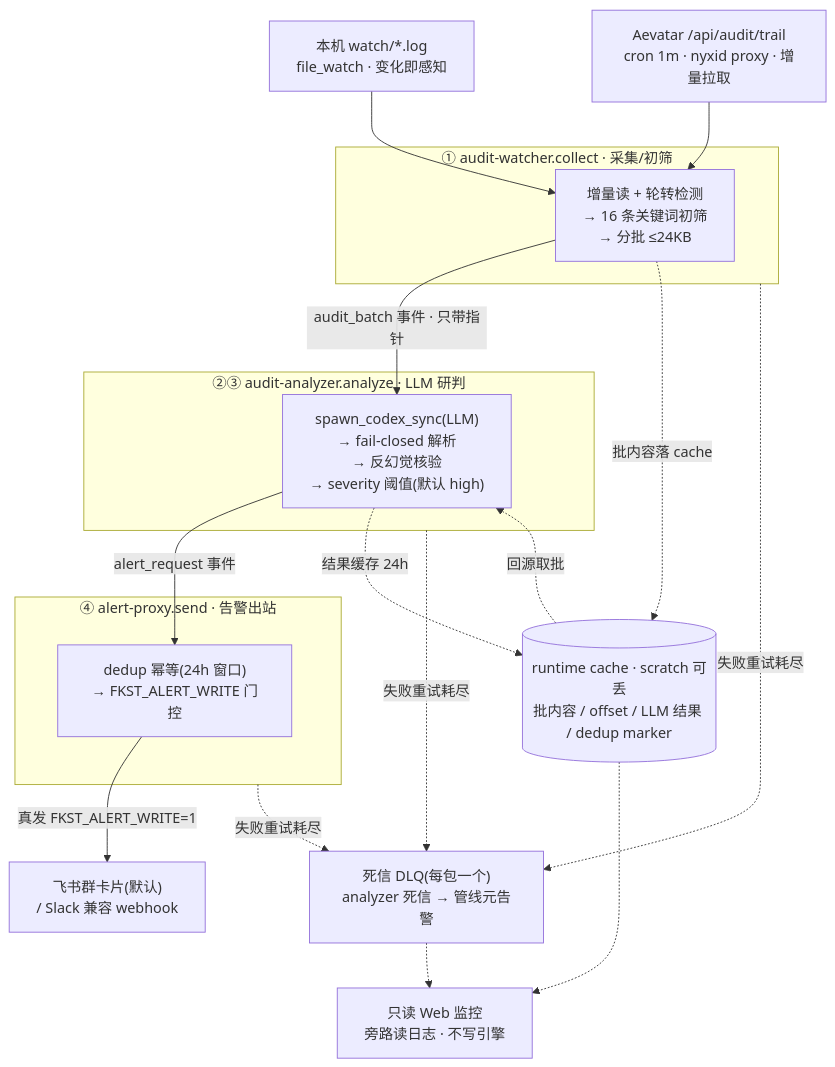
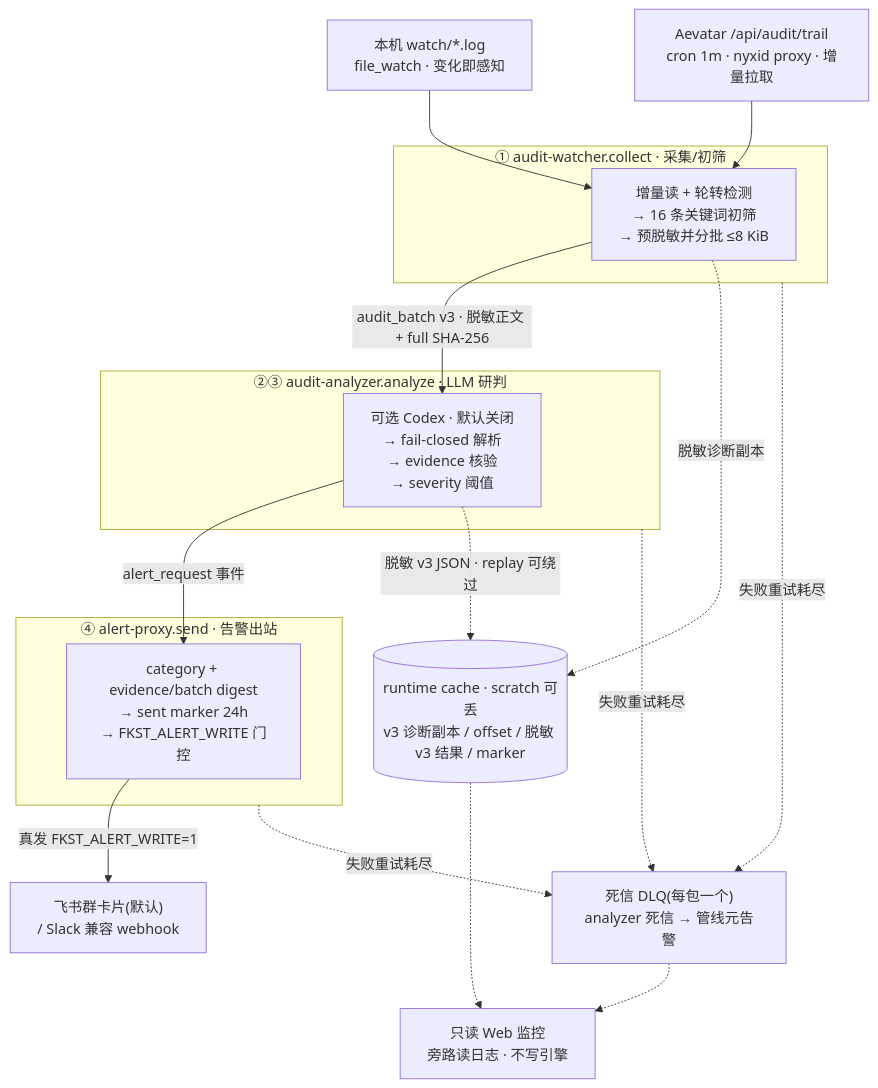
The second of 4 diagrams in 设计文档.md (eanz17/fkst-audit-log), drawn with Mermaid before and after one commit. The commit also changed other lines of this file and 64 other files, not shown here.

````diff
--- a/设计文档.md
+++ b/设计文档.md
@@ -204,34 +204,33 @@
 ```mermaid
 flowchart TB
   F["本机 watch/*.log<br/>file_watch · 变化即感知"]
   A["Aevatar /api/audit/trail<br/>cron 1m · nyxid proxy · 增量拉取"]
 
   subgraph WATCH["① audit-watcher.collect · 采集/初筛"]
-    W["增量读 + 轮转检测<br/>→ 16 条关键词初筛<br/>→ 分批 ≤24KB"]
+    W["增量读 + 轮转检测<br/>→ 16 条关键词初筛<br/>→ 预脱敏并分批 ≤8 KiB"]
   end
   subgraph ANALYZE["②③ audit-analyzer.analyze · LLM 研判"]
-    N["spawn_codex_sync(LLM)<br/>→ fail-closed 解析<br/>→ 反幻觉核验<br/>→ severity 阈值(默认 high)"]
+    N["可选 Codex · 默认关闭<br/>→ fail-closed 解析<br/>→ evidence 核验<br/>→ severity 阈值"]
   end
   subgraph PROXY["④ alert-proxy.send · 告警出站"]
-    P["dedup 幂等(24h 窗口)<br/>→ FKST_ALERT_WRITE 门控"]
+    P["category + evidence/batch digest<br/>→ sent marker 24h<br/>→ FKST_ALERT_WRITE 门控"]
   end
 
-  CACHE[("runtime cache · scratch 可丢<br/>批内容 / offset / LLM 结果 / dedup marker")]
+  CACHE[("runtime cache · scratch 可丢<br/>v3 诊断副本 / offset / 脱敏 v3 结果 / marker")]
   SINK["飞书群卡片(默认)<br/>/ Slack 兼容 webhook"]
   DLQ["死信 DLQ(每包一个)<br/>analyzer 死信 → 管线元告警"]
   WEB["只读 Web 监控<br/>旁路读日志 · 不写引擎"]
 
   F --> W
   A --> W
-  W -->|"audit_batch 事件 · 只带指针"| N
+  W -->|"audit_batch v3 · 脱敏正文 + full SHA-256"| N
   N -->|"alert_request 事件"| P
   P -->|"真发 FKST_ALERT_WRITE=1"| SINK
-  W -.->|"批内容落 cache"| CACHE
-  CACHE -.->|"回源取批"| N
-  N -.->|"结果缓存 24h"| CACHE
+  W -.->|"脱敏诊断副本"| CACHE
+  N -.->|"脱敏 v3 JSON · replay 可绕过"| CACHE
   WATCH -.->|"失败重试耗尽"| DLQ
   ANALYZE -.->|"失败重试耗尽"| DLQ
   PROXY -.->|"失败重试耗尽"| DLQ
   DLQ -.-> WEB
   CACHE -.-> WEB
 ```
````
